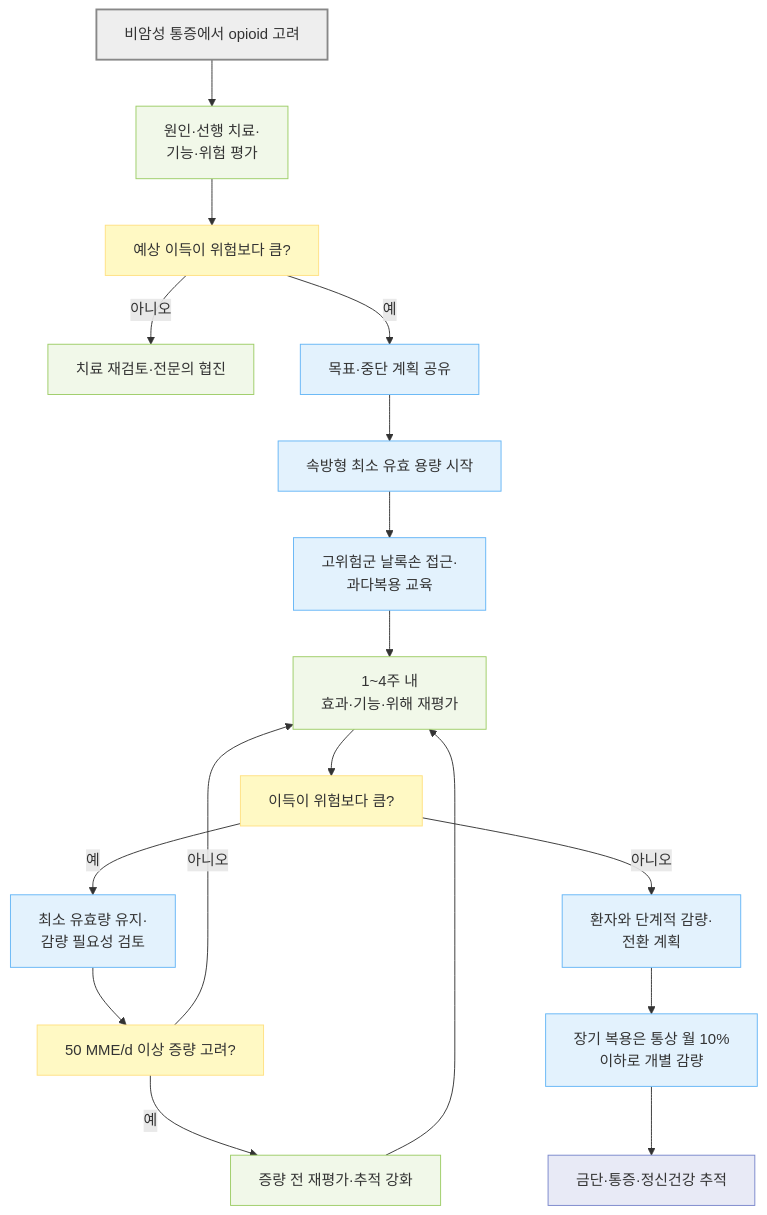
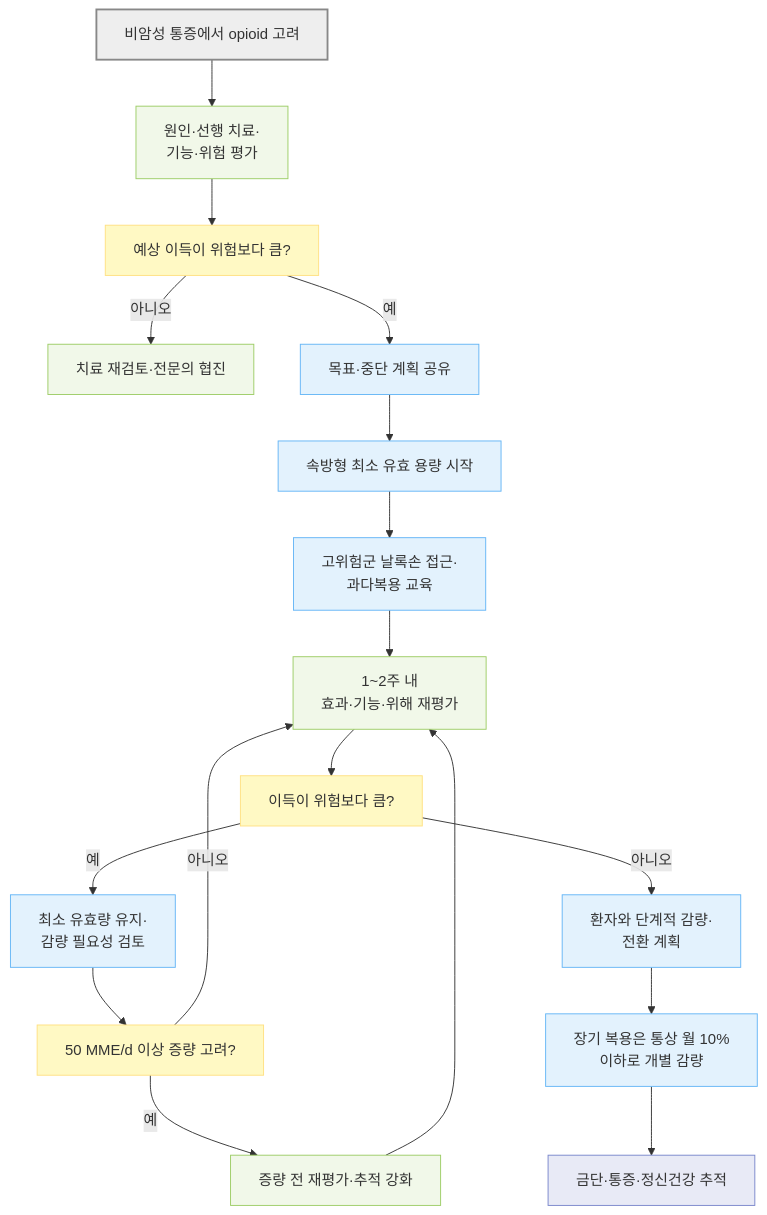
One commit to familyoh77/familyoh77 changed the second of 2 diagrams in 220_/001_-pain.md. Above: the diagram before and after it, drawn with Mermaid. The commit also changed other lines of this file, not shown here.

````diff
--- a/220_/001_-pain.md
+++ b/220_/001_-pain.md
@@ -467,29 +467,29 @@
 ```mermaid
 flowchart TD
     A["비암성 통증에서 opioid 고려"] --> B["원인·선행 치료·<br/>기능·위험 평가"]
     B --> C["예상 이득이 위험보다 큼?"]
     C -- "아니오" --> D["치료 재검토·전문의 협진"]
     C -- "예" --> E["목표·중단 계획 공유"]
     E --> F["속방형 최소 유효 용량 시작"]
     F --> G["고위험군 날록손 접근·<br/>과다복용 교육"]
-    G --> H["1~4주 내 <br/>효과·기능·위해 재평가"]
+    G --> H["1~2주 내 <br/>효과·기능·위해 재평가"]
     H --> I["이득이 위험보다 큼?"]
     I -- "예" --> J["최소 유효량 유지·<br/>감량 필요성 검토"]
     I -- "아니오" --> K["환자와 단계적 감량·<br/>전환 계획"]
     J --> L["50 MME/d 이상 증량 고려?"]
     L -- "예" --> M["증량 전 재평가·추적 강화"]
     L -- "아니오" --> H
     M --> H
     K --> N["장기 복용은 통상 월 10% <br/>이하로 개별 감량"]
     N --> O["금단·통증·정신건강 추적"]
     classDef start fill:#eeeeee,stroke:#888888,stroke-width:2px
     classDef question fill:#fff9c4,stroke:#ffe082
     classDef evaluation fill:#f1f8e9,stroke:#9ccc65
     classDef treatment fill:#e3f2fd,stroke:#64b5f6
     classDef followup fill:#e8eaf6,stroke:#7986cb
     class A start
     class C,I,L question
     class B,D,H,M evaluation
     class E,F,G,J,K,N treatment
     class O followup
 ```
````
